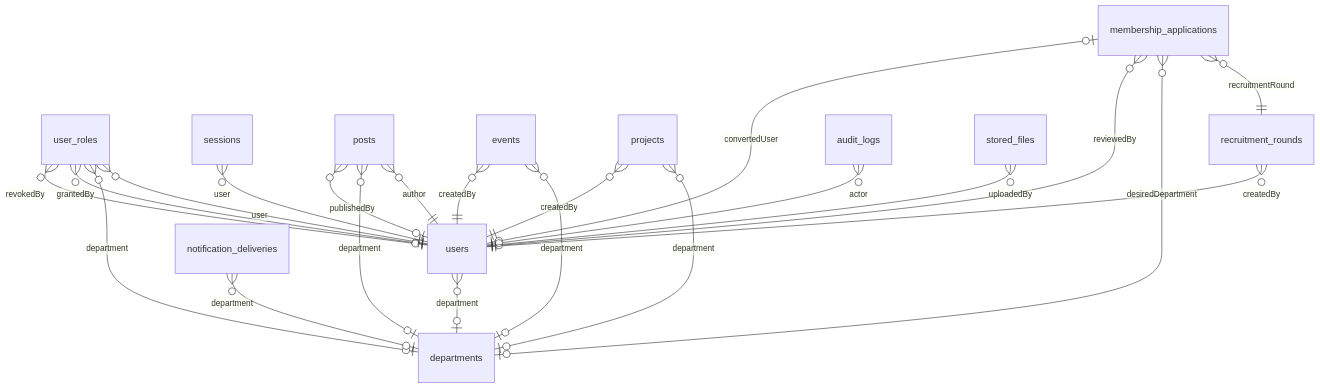
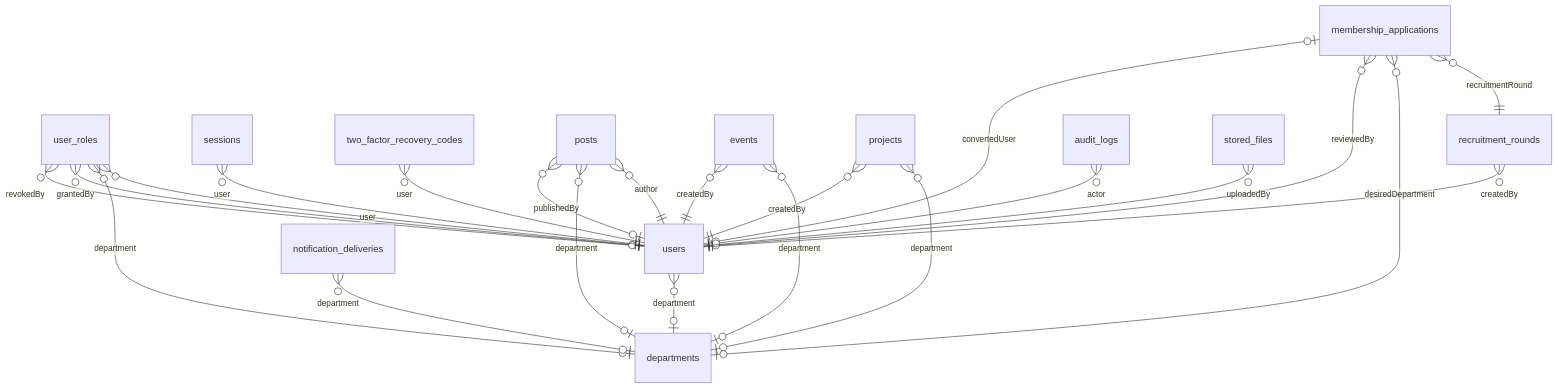
One commit to GrootTheDeveloper/apc-portal changed the first of 2 diagrams in apps/api/docs/erd-core-schema.md. Above: the diagram before and after it, drawn with Mermaid. The commit also changed other lines of this file and 21 other files, not shown here.

````diff
--- a/apps/api/docs/erd-core-schema.md
+++ b/apps/api/docs/erd-core-schema.md
@@ -11,24 +11,25 @@
 ```mermaid
 erDiagram
   users }o--|o departments : "department"
   user_roles }o--|| users : "user"
   user_roles }o--|o departments : "department"
   user_roles }o--|o users : "grantedBy"
   user_roles }o--|o users : "revokedBy"
   sessions }o--|| users : "user"
+  two_factor_recovery_codes }o--|| users : "user"
   posts }o--|| users : "author"
   posts }o--|o departments : "department"
   posts }o--|o users : "publishedBy"
   events }o--|o departments : "department"
   events }o--|| users : "createdBy"
   projects }o--|o departments : "department"
   projects }o--|| users : "createdBy"
   recruitment_rounds }o--|| users : "createdBy"
   membership_applications }o--|| recruitment_rounds : "recruitmentRound"
   membership_applications }o--|o departments : "desiredDepartment"
   membership_applications }o--|o users : "reviewedBy"
   membership_applications |o--|o users : "convertedUser"
   notification_deliveries }o--|o departments : "department"
   audit_logs }o--|o users : "actor"
   stored_files }o--|| users : "uploadedBy"
 ```
````
